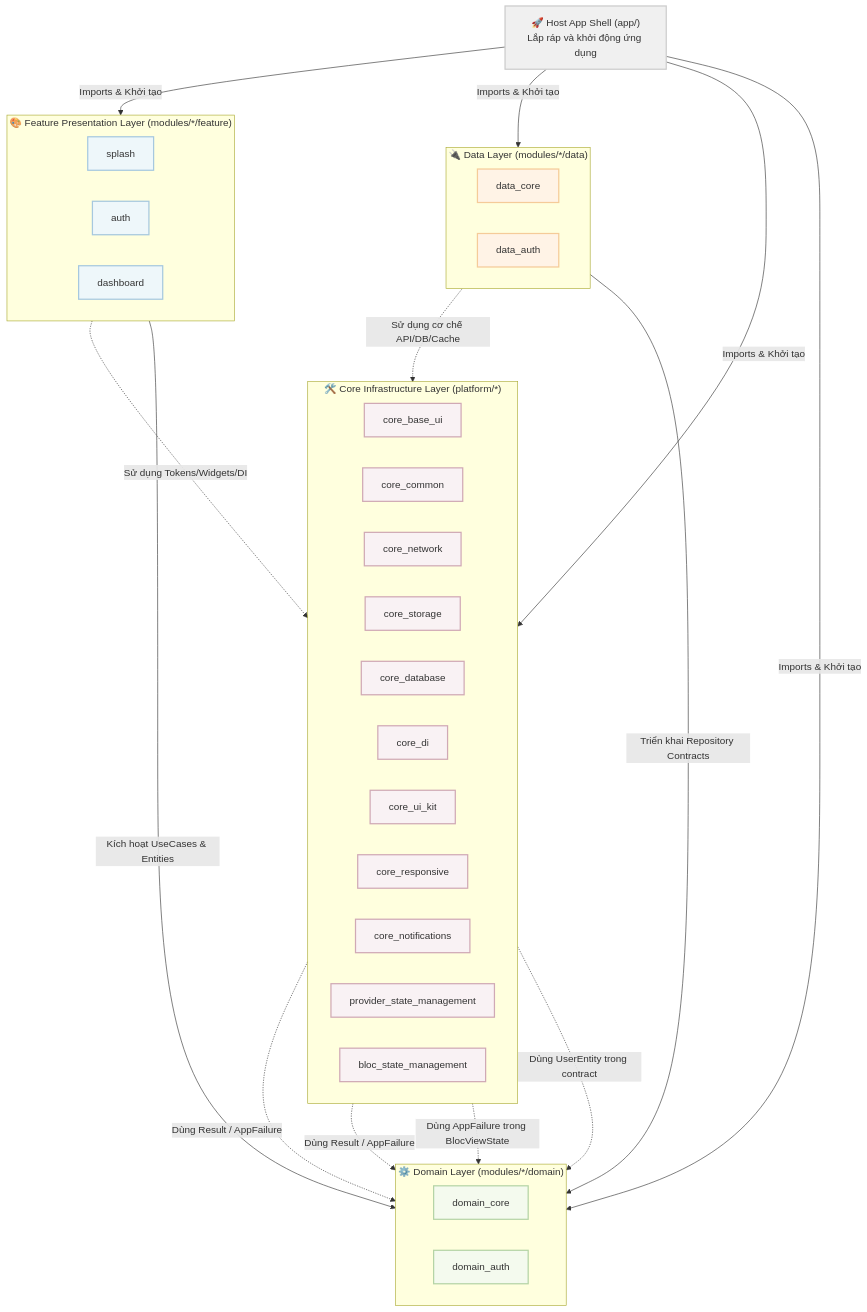
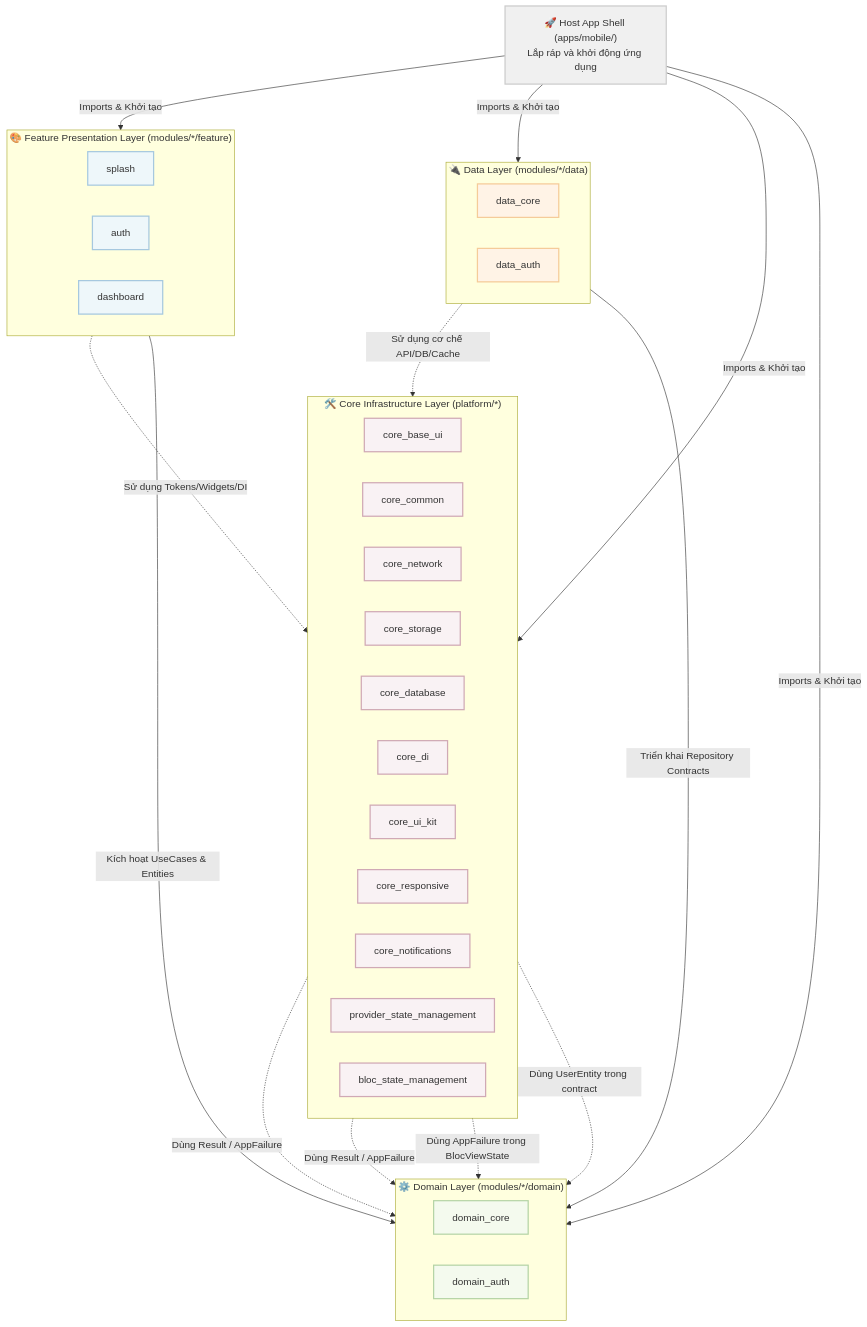
One commit to CaoGiaHieu-dev/flutter-monorepo-codebase changed the diagram in README.vi.md. Above: the diagram before and after it, drawn with Mermaid. The commit also changed other lines of this file and 410 other files, not shown here.

First line of the commit message:
refactor: move app/ to apps/mobile/ and give every directory an owner

````diff
--- a/README.vi.md
+++ b/README.vi.md
@@ -18,63 +18,63 @@
 ```mermaid
 graph TD
     classDef core fill:#f9f2f4,stroke:#d0a9b5,stroke-width:2px,color:#333;
     classDef feature fill:#eef7fa,stroke:#a6c8df,stroke-width:2px,color:#333;
     classDef domain fill:#f4faee,stroke:#b5d4a6,stroke-width:2px,color:#333;
     classDef data fill:#fff3e6,stroke:#f5cb99,stroke-width:2px,color:#333;
     classDef app fill:#f0f0f0,stroke:#cccccc,stroke-width:2px,color:#333;
 
-    App["🚀 Host App Shell (app/)<br/>Lắp ráp và khởi động ứng dụng"]:::app
+    App["🚀 Host App Shell (apps/mobile/)<br/>Lắp ráp và khởi động ứng dụng"]:::app
 
     subgraph FeatureLayer ["🎨 Feature Presentation Layer (modules/*/feature)"]
         direction LR
         FeatSplash["splash"]:::feature
         FeatAuth["auth"]:::feature
         FeatDash["dashboard"]:::feature
     end
 
     subgraph DataLayer ["🔌 Data Layer (modules/*/data)"]
         direction LR
         DataCore["data_core"]:::data
         DataAuth["data_auth"]:::data
     end
 
     subgraph DomainLayer ["⚙️ Domain Layer (modules/*/domain)"]
         direction LR
         DomCore["domain_core"]:::domain
         DomAuth["domain_auth"]:::domain
     end
 
     subgraph CoreLayer ["🛠️ Core Infrastructure Layer (platform/*)"]
         direction LR
         CoreUI["core_base_ui"]:::core
         CoreCom["core_common"]:::core
         CoreNet["core_network"]:::core
         CoreStore["core_storage"]:::core
         CoreDB["core_database"]:::core
         CoreDI["core_di"]:::core
         CoreKit["core_ui_kit"]:::core
         CoreResp["core_responsive"]:::core
         CoreNotif["core_notifications"]:::core
         CoreProv["provider_state_management"]:::core
         CoreBloc["bloc_state_management"]:::core
     end
 
     %% Cross-layer Relationships
     App -->|"Imports & Khởi tạo"| FeatureLayer
     App -->|"Imports & Khởi tạo"| DataLayer
     App -->|"Imports & Khởi tạo"| DomainLayer
     App -->|"Imports & Khởi tạo"| CoreLayer
 
     FeatureLayer -->|"Kích hoạt UseCases & Entities"| DomainLayer
     DataLayer -->|"Triển khai Repository Contracts"| DomainLayer
 
     FeatureLayer -.->|"Sử dụng Tokens/Widgets/DI"| CoreLayer
     DataLayer -.->|"Sử dụng cơ chế API/DB/Cache"| CoreLayer
 
     %% Domain nằm ở tâm và KHÔNG phụ thuộc gì cả.
     %% Core được phép phụ thuộc Domain — không bao giờ ngược lại.
     CoreCom -.->|"Dùng Result / AppFailure"| DomCore
     CoreProv -.->|"Dùng Result / AppFailure"| DomCore
     CoreBloc -.->|"Dùng AppFailure trong BlocViewState"| DomCore
     CoreDI -.->|"Dùng UserEntity trong contract"| DomAuth
 ```
````
